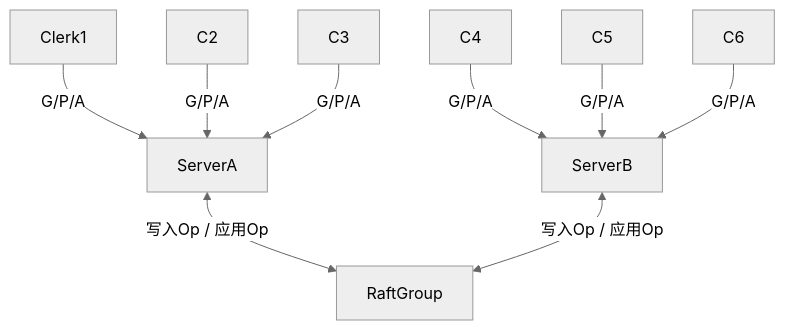
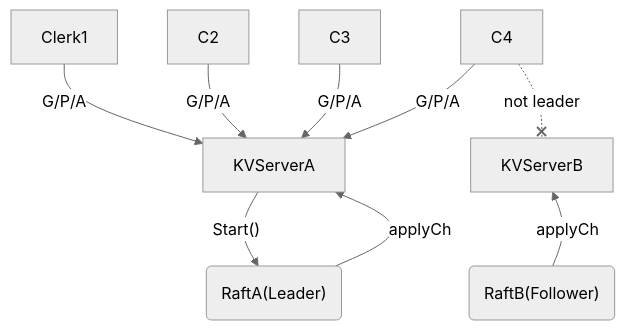
The second of 2 diagrams in 课程/6.824/实验笔记/Lab4.md (yJader/MyNote), drawn with Mermaid (neutral theme) before and after one commit. The commit also changed other lines of this file, not shown here.

Commit message:
automatic backup: Macbook Air - 2025-01-20 16:45
Affected files:
课程/6.824/实验笔记/Lab4.md

````diff
--- a/课程/6.824/实验笔记/Lab4.md
+++ b/课程/6.824/实验笔记/Lab4.md
@@ -100,15 +100,19 @@
 ```mermaid
 graph TD
 
-Clerk1 --"G/P/A"--> ServerA
-C2 --"G/P/A"--> ServerA
-C3 --"G/P/A"--> ServerA
+Clerk1 --"G/P/A"--> KVServerA
+C2 --"G/P/A"--> KVServerA
+C3 --"G/P/A"--> KVServerA
+C4 --"G/P/A"--> KVServerA
 
-C4 --"G/P/A"--> ServerB
-C5 --"G/P/A"--> ServerB
-C6 --"G/P/A"--> ServerB
+C4 -."not leader".-x KVServerB
 
-ServerA <--"写入Op / 应用Op"--> RaftGroup
-ServerB <--"写入Op / 应用Op"--> RaftGroup
+KVServerA --"Start()"--> RaftA("RaftA(Leader)")
+
+RaftA("RaftA(Leader)") --"applyCh"--> KVServerA
+
+KVServerB ~~~ RaftB("RaftB(Follower)")
+
+RaftB("RaftB(Follower)") --"applyCh"--> KVServerB
 
 ```
````
